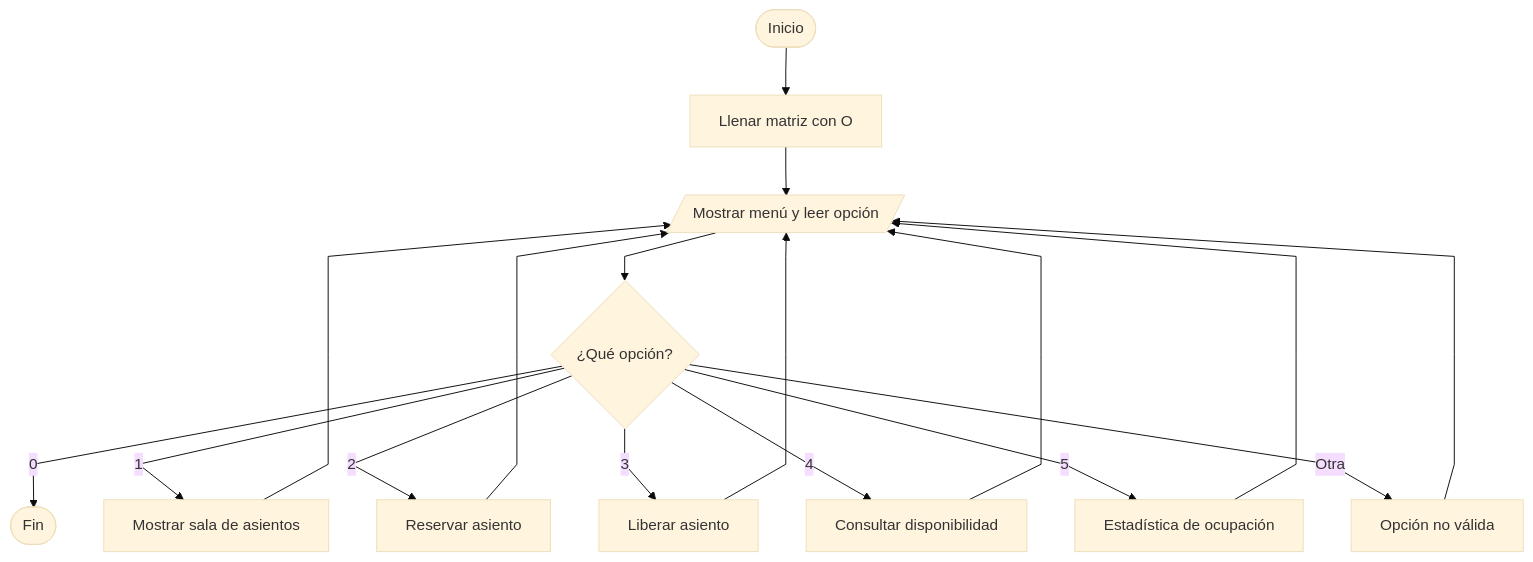
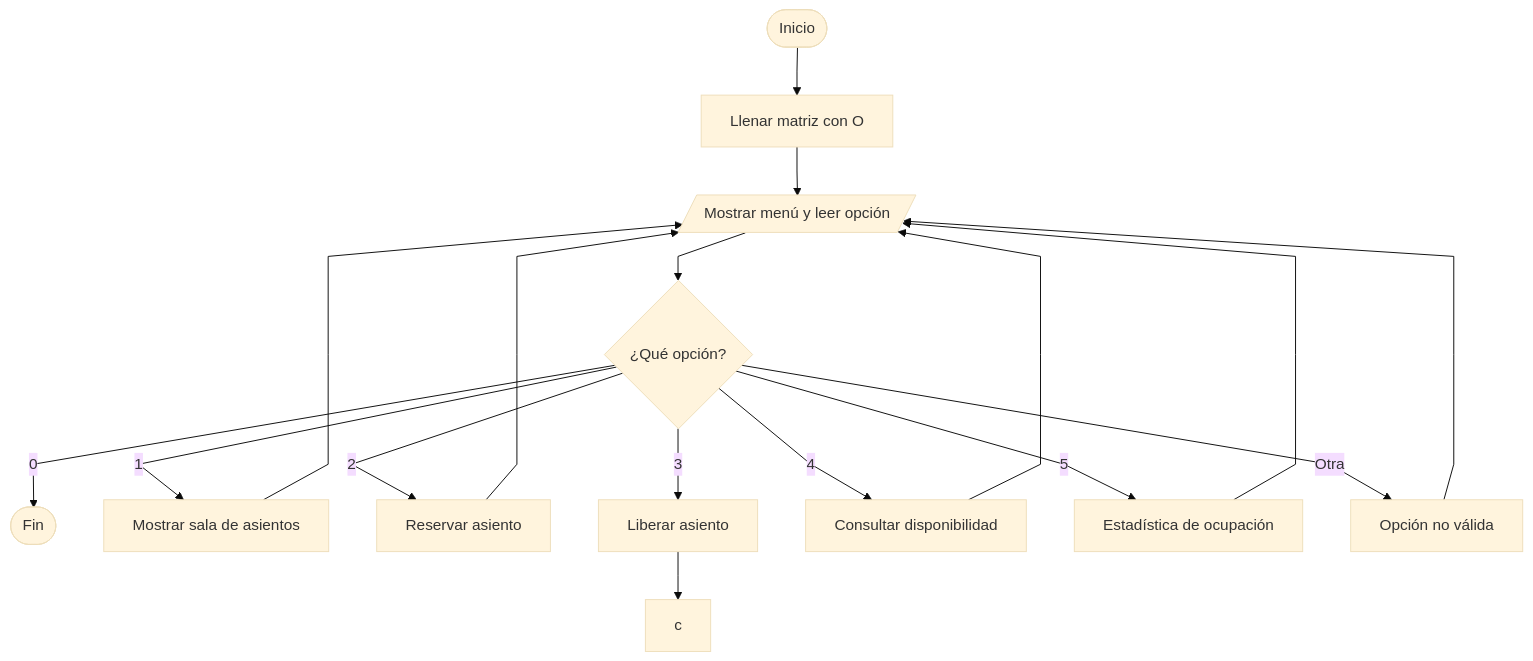
One commit to Roberto8322/Proyecto-Integrador-2-cine changed the first of 6 diagrams in Documentacion/Dia-2-Diagramas-de-flujo.md. Above: the diagram before and after it, drawn with Mermaid (base theme).

Commit message:
Dia7: Documentacion final y Pruebas

````diff
--- a/Documentacion/Dia-2-Diagramas-de-flujo.md
+++ b/Documentacion/Dia-2-Diagramas-de-flujo.md
@@ -4,20 +4,20 @@
 ```mermaid
 %%{init: {'flowchart': {'curve': 'linear'}}}%%
 flowchart TD
     A([Inicio]) --> B[Llenar matriz con O]
     B --> C[/Mostrar menú y leer opción/]
     C --> D{"¿Qué opción?"}
     D -->|0| J([Fin])
     D -->|1| E[Mostrar sala de asientos]
     D -->|2| F[Reservar asiento]
     D -->|3| G[Liberar asiento]
     D -->|4| H[Consultar disponibilidad]
     D -->|5| I[Estadística de ocupación]
     D -->|Otra| K[Opción no válida]
     E --> C
     F --> C
-    G --> C
+    G --> c
     H --> C
     I --> C
     K --> C
 ```
````
